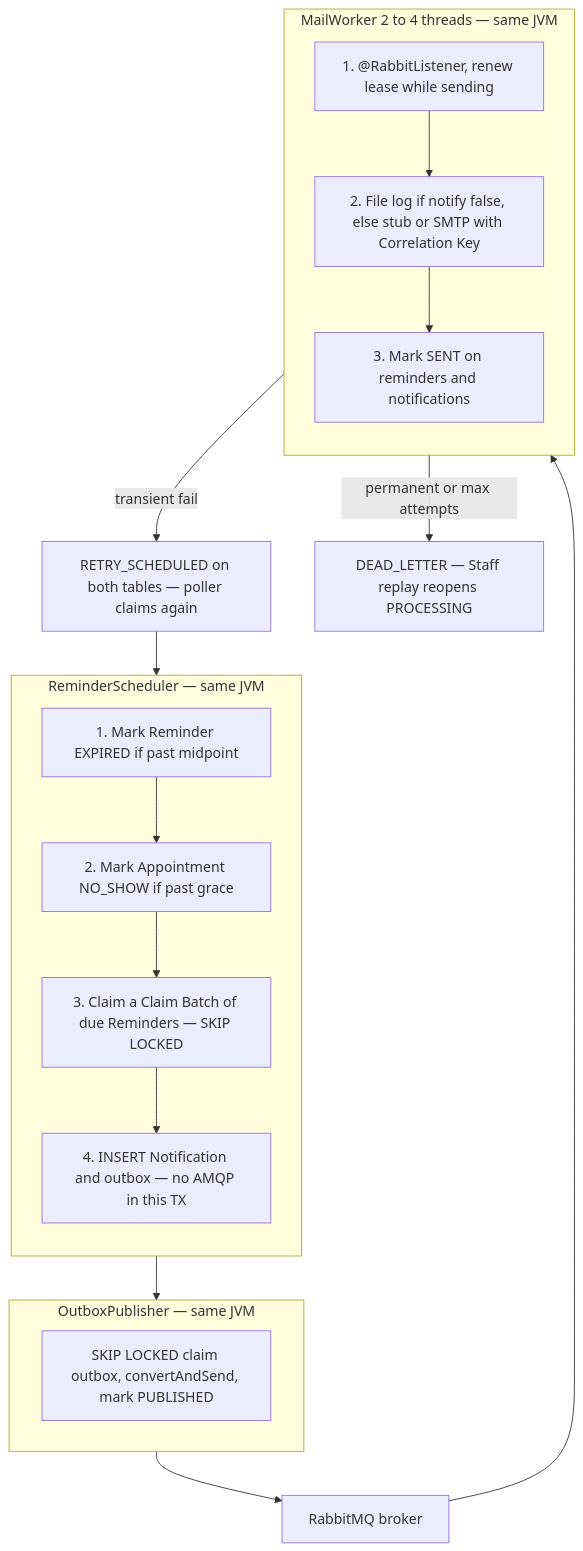
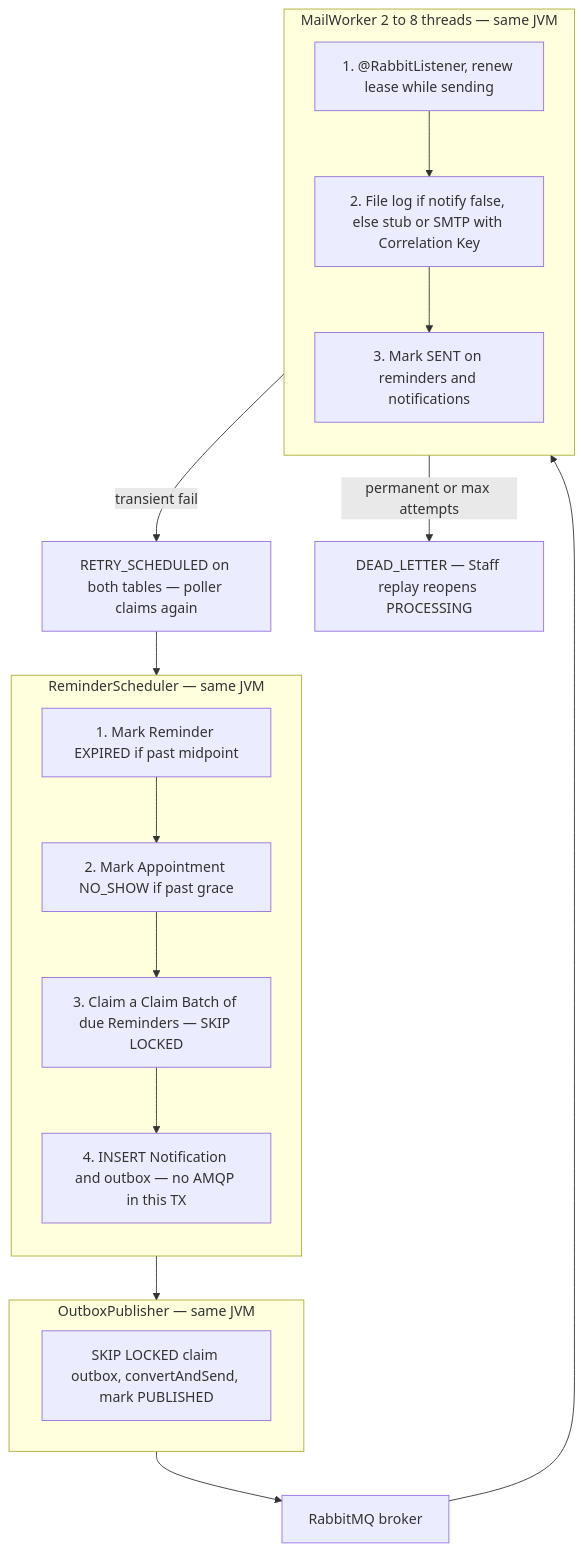
The fourth of 5 diagrams in docs/architecture.md (GreatNerve/Dealership-Backend), drawn with Mermaid before and after one commit. The commit also changed other lines of this file and 11 other files, not shown here.

````diff
--- a/docs/architecture.md
+++ b/docs/architecture.md
@@ -117,32 +117,32 @@
 ```mermaid
 flowchart TB
   subgraph reminderPoller [ReminderScheduler — same JVM]
     direction TB
     P1["1. Mark Reminder EXPIRED if past midpoint"]
     P2["2. Mark Appointment NO_SHOW if past grace"]
     P3["3. Claim a Claim Batch of due Reminders — SKIP LOCKED"]
     P4["4. INSERT Notification and outbox — no AMQP in this TX"]
     P1 --> P2 --> P3 --> P4
   end
 
   subgraph publisher [OutboxPublisher — same JVM]
     O1["SKIP LOCKED claim outbox, convertAndSend, mark PUBLISHED"]
   end
 
   RMQ[RabbitMQ broker]
 
-  subgraph worker [MailWorker 2 to 4 threads — same JVM]
+  subgraph worker [MailWorker 2 to 8 threads — same JVM]
     direction TB
     W1["1. @RabbitListener, renew lease while sending"]
     W2["2. File log if notify false, else stub or SMTP with Correlation Key"]
     W3["3. Mark SENT on reminders and notifications"]
     W1 --> W2 --> W3
   end
 
   Retry["RETRY_SCHEDULED on both tables — poller claims again"]
   Dead["DEAD_LETTER — Staff replay reopens PROCESSING"]
 
   reminderPoller --> publisher --> RMQ --> worker
   worker -->|transient fail| Retry --> reminderPoller
   worker -->|permanent or max attempts| Dead
 ```
````
